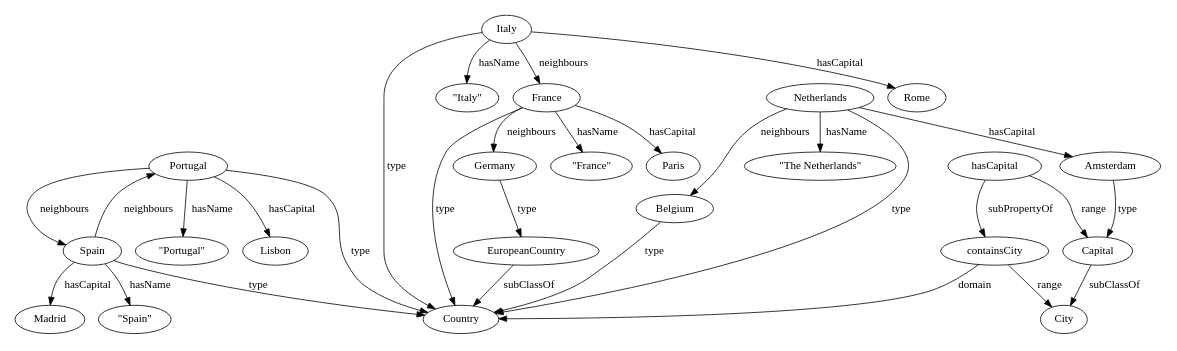
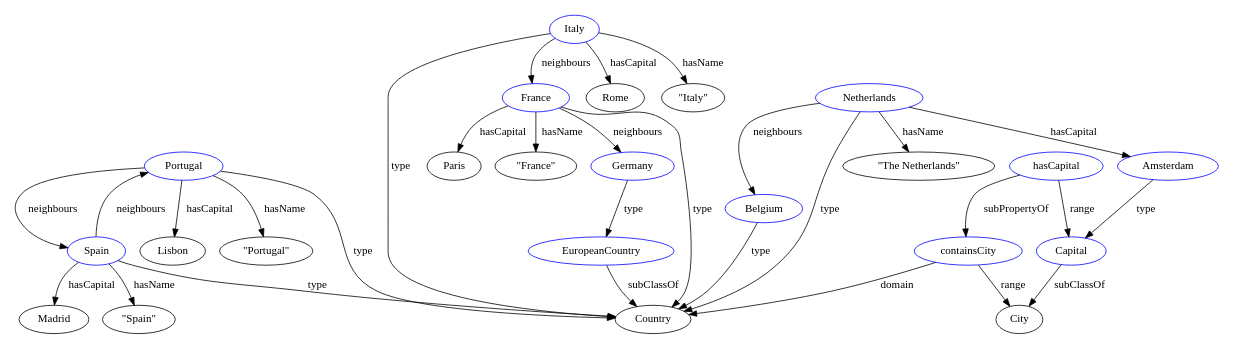
The diagram in Assignments/Assignment_2/Digraph.gv (Ace3Z/knowledge-data-vu), drawn with Graphviz before and after one commit. The commit also changed 1 other file, not shown here.

```diff
--- a/Assignments/Assignment_2/Digraph.gv
+++ b/Assignments/Assignment_2/Digraph.gv
@@ -1,32 +1,61 @@
 strict digraph {
 	graph [dpi=50]
+	Portugal -> "\"Portugal\"" [label=hasName]
+	Portugal -> Spain [label=neighbours]
+	France -> Country [label=type]
+	Spain -> Portugal [label=neighbours]
+	Capital -> City [label=subClassOf]
+	containsCity -> City [label=range]
+	Italy -> Country [label=type]
 	Portugal -> Lisbon [label=hasCapital]
+	Netherlands -> Belgium [label=neighbours]
 	Amsterdam -> Capital [label=type]
-	containsCity -> City [label=range]
-	Italy -> "\"Italy\"" [label=hasName]
-	Germany -> EuropeanCountry [label=type]
-	Netherlands -> Amsterdam [label=hasCapital]
-	Netherlands -> "\"The Netherlands\"" [label=hasName]
-	Netherlands -> Belgium [label=neighbours]
-	hasCapital -> Capital [label=range]
-	France -> Germany [label=neighbours]
-	Spain -> Country [label=type]
-	France -> Country [label=type]
-	Capital -> City [label=subClassOf]
-	France -> "\"France\"" [label=hasName]
-	Italy -> Country [label=type]
 	containsCity -> Country [label=domain]
 	Netherlands -> Country [label=type]
+	Italy -> France [label=neighbours]
+	Germany -> EuropeanCountry [label=type]
+	EuropeanCountry -> Country [label=subClassOf]
+	France -> Paris [label=hasCapital]
+	Italy -> Rome [label=hasCapital]
+	hasCapital -> Capital [label=range]
+	Italy -> "\"Italy\"" [label=hasName]
+	Netherlands -> "\"The Netherlands\"" [label=hasName]
+	Portugal -> Country [label=type]
+	Spain -> Madrid [label=hasCapital]
+	Netherlands -> Amsterdam [label=hasCapital]
 	Belgium -> Country [label=type]
-	Spain -> Madrid [label=hasCapital]
-	EuropeanCountry -> Country [label=subClassOf]
-	Portugal -> Country [label=type]
-	Italy -> Rome [label=hasCapital]
+	France -> Germany [label=neighbours]
+	Spain -> "\"Spain\"" [label=hasName]
+	Spain -> Country [label=type]
 	hasCapital -> containsCity [label=subPropertyOf]
-	Portugal -> "\"Portugal\"" [label=hasName]
-	Italy -> France [label=neighbours]
-	Spain -> "\"Spain\"" [label=hasName]
-	France -> Paris [label=hasCapital]
-	Spain -> Portugal [label=neighbours]
-	Portugal -> Spain [label=neighbours]
+	France -> "\"France\"" [label=hasName]
+	Portugal [color=blue]
+	Portugal [color=blue]
+	France [color=blue]
+	Spain [color=blue]
+	Capital [color=blue]
+	containsCity [color=blue]
+	Italy [color=blue]
+	Portugal [color=blue]
+	Netherlands [color=blue]
+	Amsterdam [color=blue]
+	containsCity [color=blue]
+	Netherlands [color=blue]
+	Italy [color=blue]
+	Germany [color=blue]
+	EuropeanCountry [color=blue]
+	France [color=blue]
+	Italy [color=blue]
+	hasCapital [color=blue]
+	Italy [color=blue]
+	Netherlands [color=blue]
+	Portugal [color=blue]
+	Spain [color=blue]
+	Netherlands [color=blue]
+	Belgium [color=blue]
+	France [color=blue]
+	Spain [color=blue]
+	Spain [color=blue]
+	hasCapital [color=blue]
+	France [color=blue]
 }
```
